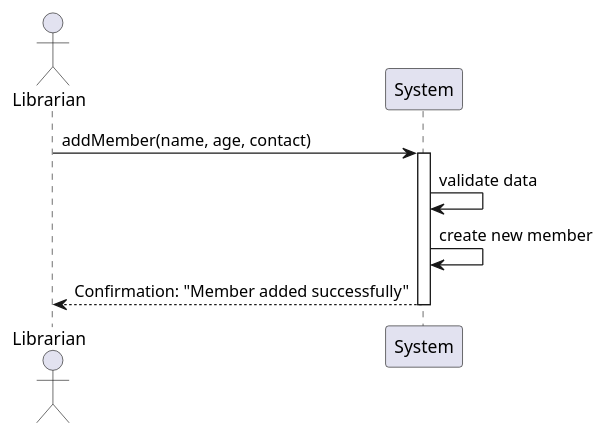
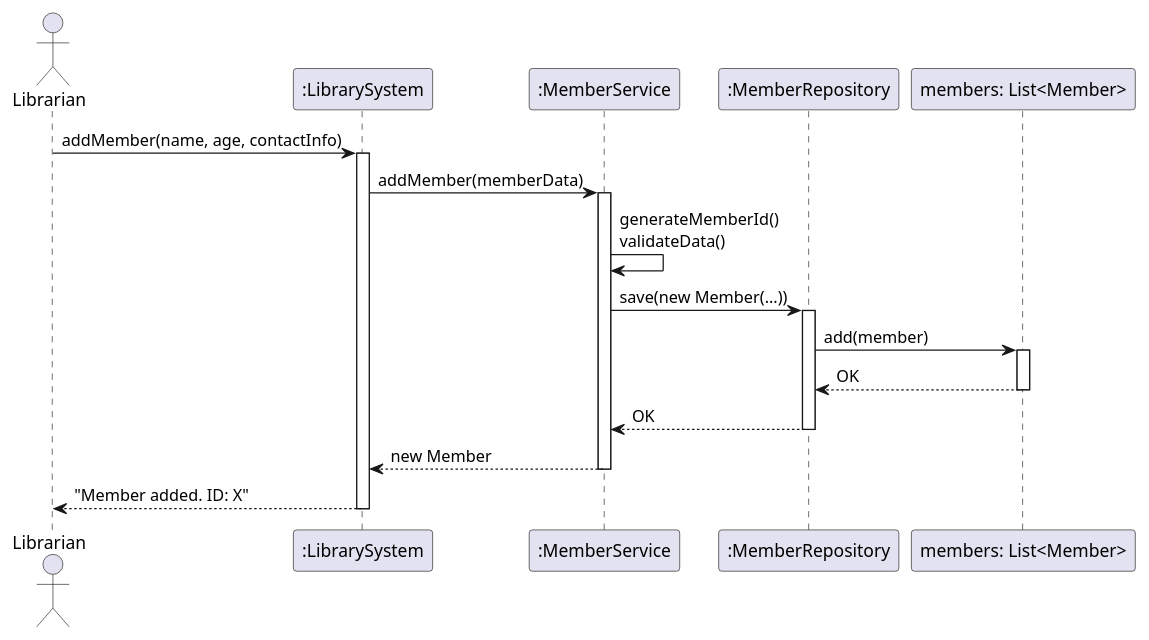
One commit to BramLab/IntecPunt changed the diagram in src/uml/intecSequenceAddMember.puml. Above: the diagram before and after it, drawn with PlantUML.

Commit message:
Sequence diagram

```diff
--- a/src/uml/intecSequenceAddMember.puml
+++ b/src/uml/intecSequenceAddMember.puml
@@ -1,14 +1,33 @@
 @startuml
 'https://plantuml.com/sequence-diagram
 actor Librarian
-participant "System" as sys
+participant ":LibrarySystem" as System
+participant ":MemberService" as Service
+participant ":MemberRepository" as Repo
+participant "members: List<Member>" as List
 
-Librarian -> sys: addMember(name, age, contact)
-activate sys
+Librarian -> System: addMember(name, age, contactInfo)
+activate System
 
-sys -> sys: validate data
-sys -> sys: create new member
+System -> Service: addMember(memberData)
+activate Service
 
-sys --> Librarian: Confirmation: "Member added successfully"
-deactivate sys
+Service -> Service: generateMemberId()\nvalidateData()
+
+Service -> Repo: save(new Member(...))
+activate Repo
+
+Repo -> List: add(member)
+activate List
+List --> Repo: OK
+deactivate List
+
+Repo --> Service: OK
+deactivate Repo
+
+Service --> System: new Member
+deactivate Service
+
+System --> Librarian: "Member added. ID: X"
+deactivate System
 @enduml
```
